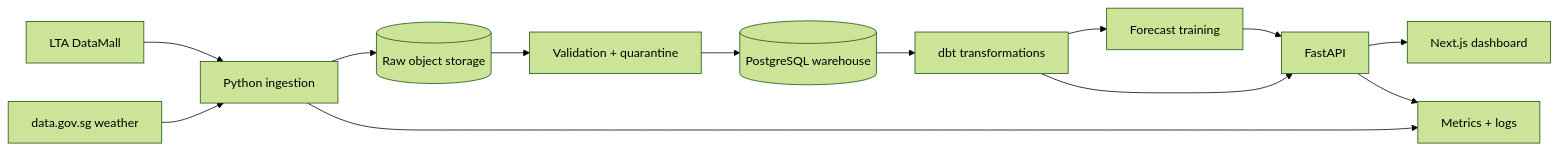
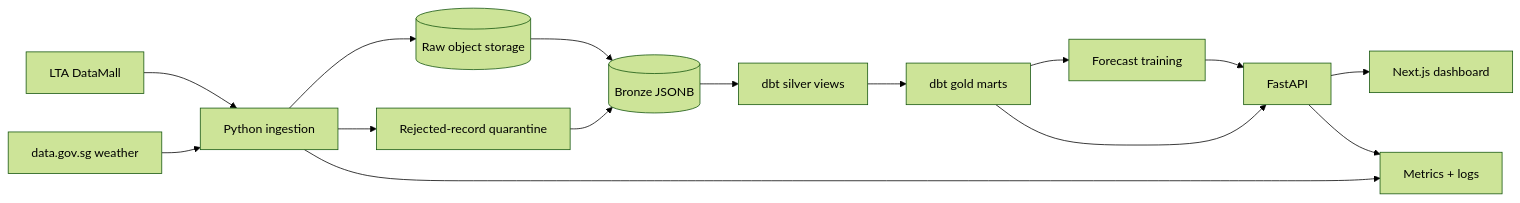
One commit to HninPhyuPhyuAye/FluxSG changed the diagram in docs/ARCHITECTURE.md. Above: the diagram before and after it, drawn with Mermaid (forest theme). The commit also changed other lines of this file and 45 other files, not shown here.

````diff
--- a/docs/ARCHITECTURE.md
+++ b/docs/ARCHITECTURE.md
@@ -5,15 +5,17 @@
 ```mermaid
 flowchart LR
   LTA[LTA DataMall] --> I[Python ingestion]
   NEA[data.gov.sg weather] --> I
   I --> R[(Raw object storage)]
-  R --> V[Validation + quarantine]
-  V --> W[(PostgreSQL warehouse)]
-  W --> D[dbt transformations]
-  D --> F[Forecast training]
-  D --> A[FastAPI]
+  R --> B[(Bronze JSONB)]
+  I --> Q[Rejected-record quarantine]
+  Q --> B
+  B --> S[dbt silver views]
+  S --> G[dbt gold marts]
+  G --> F[Forecast training]
+  G --> A[FastAPI]
   F --> A
   A --> UI[Next.js dashboard]
   I --> O[Metrics + logs]
   A --> O
 ```
````
